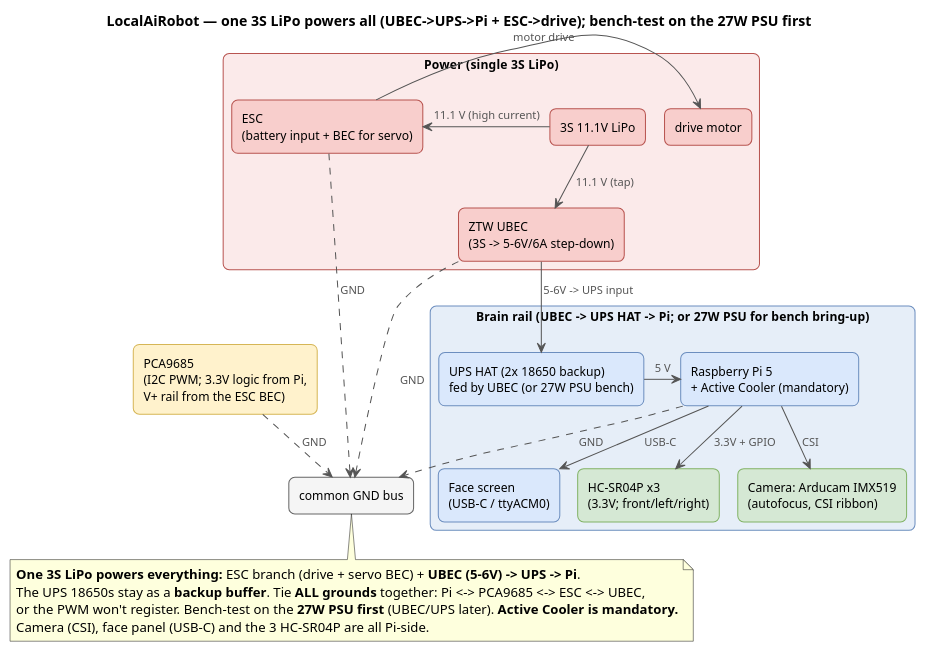
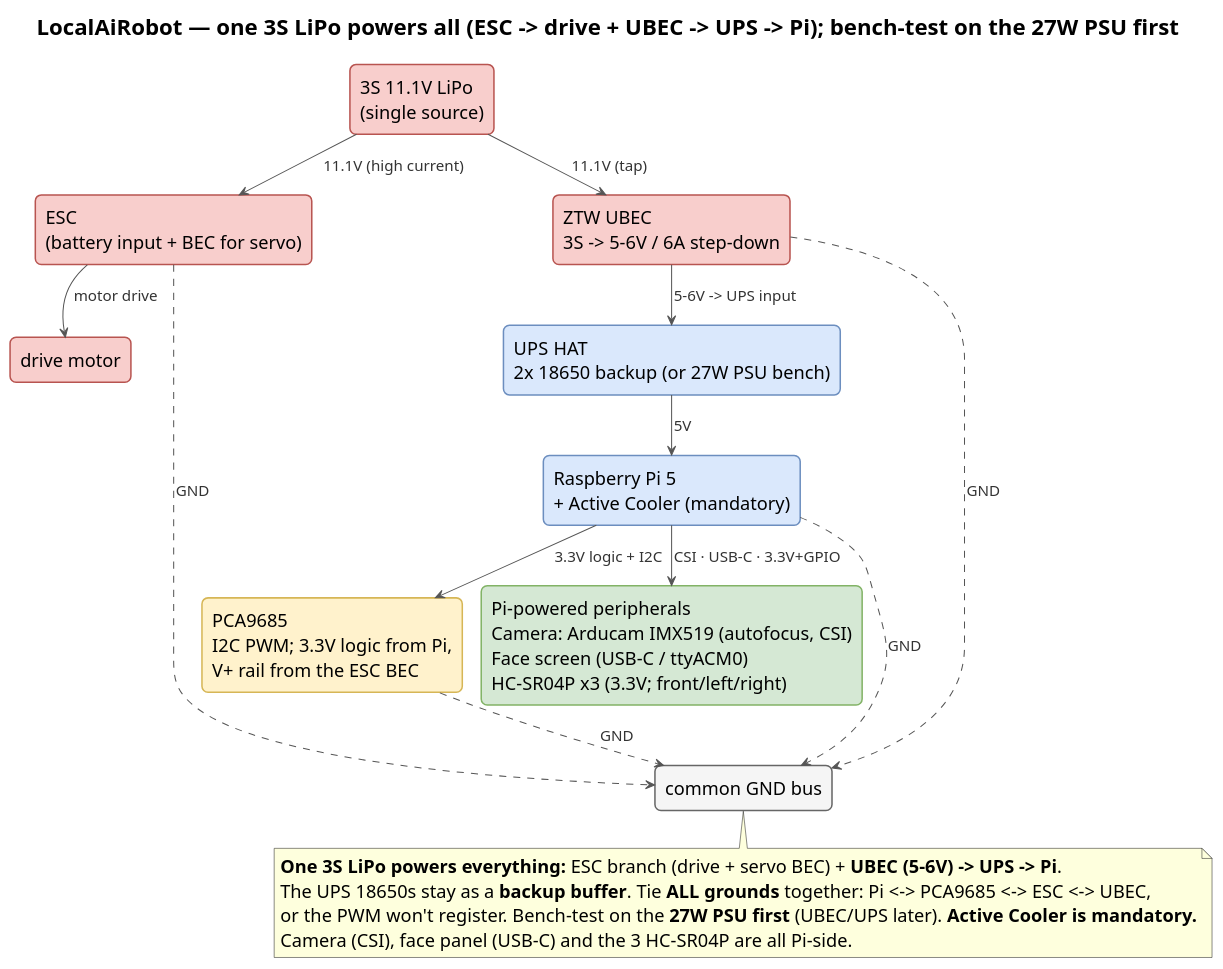
Before and after one commit to shen747/LocalAiRobot: the diagram in docs/images/assembly.puml, drawn with PlantUML. The commit also changed 8 other files, not shown here.

Commit message:
update diagrams and fix explore json parser fix

```diff
--- a/docs/images/assembly.puml
+++ b/docs/images/assembly.puml
@@ -1,74 +1,64 @@
 @startuml assembly
-' LocalAiRobot — two isolated power domains (high-level), now with camera, face & 3-sensor array.
+' LocalAiRobot — high-level power, TOP-TO-BOTTOM (one 3S LiPo -> ESC drive + UBEC -> UPS -> Pi).
 ' This source lives next to its render. Regenerate in place (writes assembly.png here):
 '   plantuml -tpng docs/images/assembly.puml
-' No Graphviz needed: !pragma layout smetana uses PlantUML's pure-Java layout engine.
+' No Graphviz needed: !pragma layout smetana. Vertical + larger fonts; Pi peripherals collapsed into one box.
 !pragma layout smetana
+top to bottom direction
 hide stereotype
-title LocalAiRobot — one 3S LiPo powers all (UBEC->UPS->Pi + ESC->drive); bench-test on the 27W PSU first
+title LocalAiRobot — one 3S LiPo powers all (ESC -> drive + UBEC -> UPS -> Pi); bench-test on the 27W PSU first
 
 skinparam backgroundColor white
 skinparam shadowing false
 skinparam defaultFontName Helvetica
+skinparam defaultFontSize 18
+skinparam TitleFontSize 22
 skinparam ArrowColor #555555
-skinparam ArrowFontColor #555555
-skinparam ArrowFontSize 11
+skinparam ArrowFontColor #333333
+skinparam ArrowFontSize 15
 skinparam rectangle {
   RoundCorner 12
-  FontSize 12
-  BorderThickness 1
+  FontSize 18
+  BorderThickness 1.5
   BackgroundColor<<io>> #DAE8FC
   BorderColor<<io>> #6C8EBF
   BackgroundColor<<model>> #FFF2CC
   BorderColor<<model>> #D6B656
   BackgroundColor<<data>> #D5E8D4
   BorderColor<<data>> #82B366
   BackgroundColor<<motor>> #F8CECC
   BorderColor<<motor>> #B85450
   BackgroundColor<<store>> #F5F5F5
   BorderColor<<store>> #666666
-  BackgroundColor<<motordomain>> #FBEAEA
-  BorderColor<<motordomain>> #B85450
-  BackgroundColor<<braindomain>> #E6EEF8
-  BorderColor<<braindomain>> #6C8EBF
 }
 
-rectangle "Power  (single 3S LiPo)" as motorbox <<motordomain>> {
-  rectangle "3S 11.1V LiPo" as lipo <<motor>>
-  rectangle "ESC\n(battery input + BEC for servo)" as esc <<motor>>
-  rectangle "drive motor" as motor <<motor>>
-  rectangle "ZTW UBEC\n(3S -> 5-6V/6A step-down)" as ubec <<motor>>
-}
-lipo -right-> esc : 11.1 V (high current)
-lipo --> ubec : 11.1 V (tap)
-esc -right-> motor : motor drive
-
-rectangle "Brain rail  (UBEC -> UPS HAT -> Pi;  or 27W PSU for bench bring-up)" as brainbox <<braindomain>> {
-  rectangle "UPS HAT (2x 18650 backup)\nfed by UBEC (or 27W PSU bench)" as ups <<io>>
-  rectangle "Raspberry Pi 5\n+ Active Cooler (mandatory)" as pi <<io>>
-  rectangle "Camera: Arducam IMX519\n(autofocus, CSI ribbon)" as cam <<data>>
-  rectangle "Face screen\n(USB-C / ttyACM0)" as face <<io>>
-  rectangle "HC-SR04P x3\n(3.3V; front/left/right)" as sonar <<data>>
-}
-ubec --> ups : 5-6V -> UPS input
-ups -right-> pi : 5 V
-pi --> cam : CSI
-pi --> face : USB-C
-pi --> sonar : 3.3V + GPIO
-
-rectangle "PCA9685\n(I2C PWM; 3.3V logic from Pi,\nV+ rail from the ESC BEC)" as pca <<model>>
-
+rectangle "3S 11.1V LiPo\n(single source)" as lipo <<motor>>
+rectangle "ESC\n(battery input + BEC for servo)" as esc <<motor>>
+rectangle "drive motor" as motor <<motor>>
+rectangle "ZTW UBEC\n3S -> 5-6V / 6A step-down" as ubec <<motor>>
+rectangle "UPS HAT\n2x 18650 backup (or 27W PSU bench)" as ups <<io>>
+rectangle "Raspberry Pi 5\n+ Active Cooler (mandatory)" as pi <<io>>
+rectangle "PCA9685\nI2C PWM; 3.3V logic from Pi,\nV+ rail from the ESC BEC" as pca <<model>>
+rectangle "Pi-powered peripherals\nCamera: Arducam IMX519 (autofocus, CSI)\nFace screen (USB-C / ttyACM0)\nHC-SR04P x3 (3.3V; front/left/right)" as periph <<data>>
 rectangle "common GND bus" as gnd <<store>>
 
-esc ..> gnd : GND
-pi ..> gnd : GND
-pca ..> gnd : GND
+lipo --> esc  : 11.1V (high current)
+lipo --> ubec : 11.1V (tap)
+esc  --> motor : motor drive
+ubec --> ups  : 5-6V -> UPS input
+ups  --> pi   : 5V
+pi   --> pca  : 3.3V logic + I2C
+pi   --> periph : CSI · USB-C · 3.3V+GPIO
+
+esc  ..> gnd : GND
+pi   ..> gnd : GND
+pca  ..> gnd : GND
 ubec ..> gnd : GND
 
 note bottom of gnd
   **One 3S LiPo powers everything:** ESC branch (drive + servo BEC) + **UBEC (5-6V) -> UPS -> Pi**.
   The UPS 18650s stay as a **backup buffer**. Tie **ALL grounds** together: Pi <-> PCA9685 <-> ESC <-> UBEC,
   or the PWM won't register. Bench-test on the **27W PSU first** (UBEC/UPS later). **Active Cooler is mandatory.**
   Camera (CSI), face panel (USB-C) and the 3 HC-SR04P are all Pi-side.
 end note
 @enduml
```
